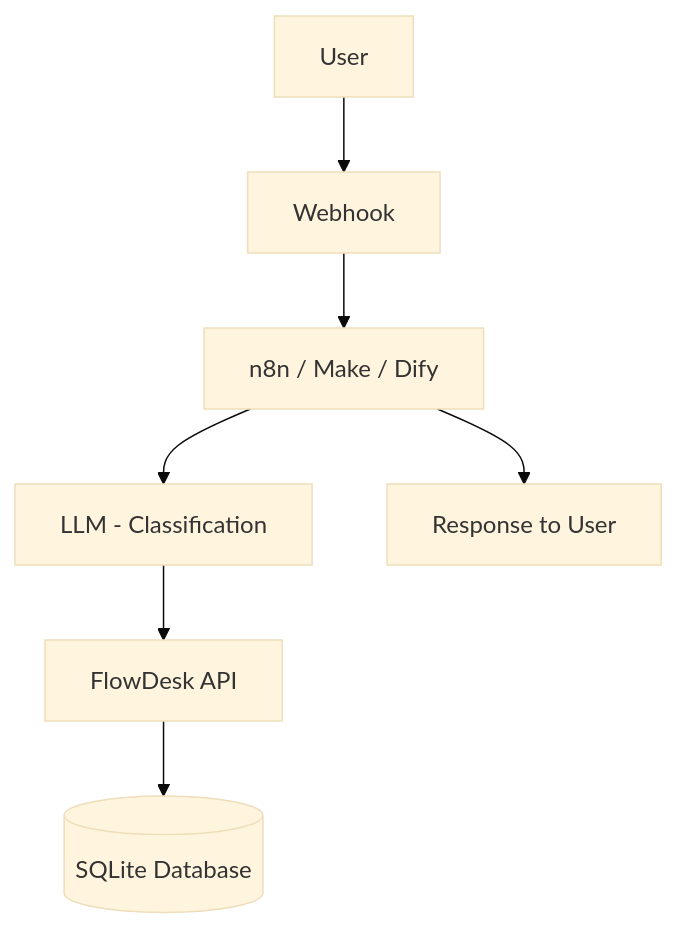
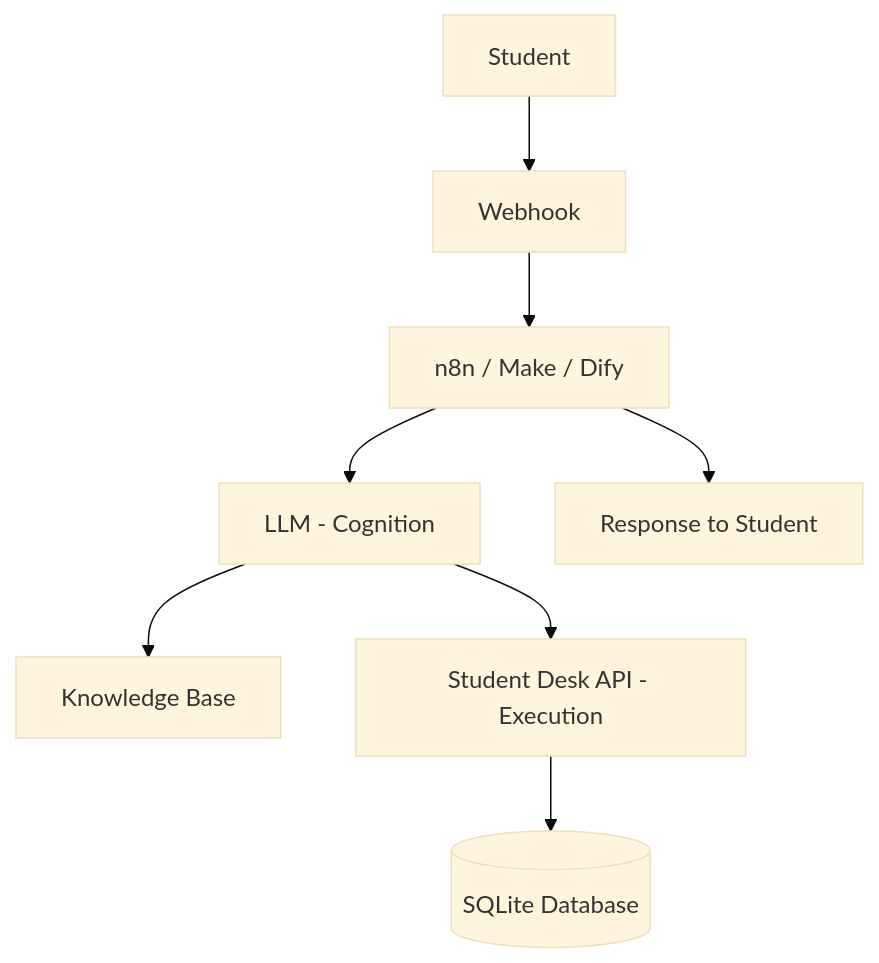
Before and after one commit to ivanlinscosta/tool-automation-fiap: the first of 3 diagrams in docs/ARCHITECTURE.md, drawn with Mermaid (base theme). The commit also changed other lines of this file and 92 other files, not shown here.

````diff
--- a/docs/ARCHITECTURE.md
+++ b/docs/ARCHITECTURE.md
@@ -5,9 +5,10 @@
 ```mermaid
 graph TD
-    User[User] --> Webhook[Webhook]
+    Student[Student] --> Webhook[Webhook]
     Webhook --> Workflow[n8n / Make / Dify]
-    Workflow --> LLM[LLM - Classification]
-    LLM --> FlowDesk[FlowDesk API]
-    FlowDesk --> DB[(SQLite Database)]
-    Workflow --> Response[Response to User]
+    Workflow --> LLM[LLM - Cognition]
+    LLM --> Knowledge[Knowledge Base]
+    LLM --> StudentDeskAPI[Student Desk API - Execution]
+    StudentDeskAPI --> DB[(SQLite Database)]
+    Workflow --> Response[Response to Student]
 ```
````
